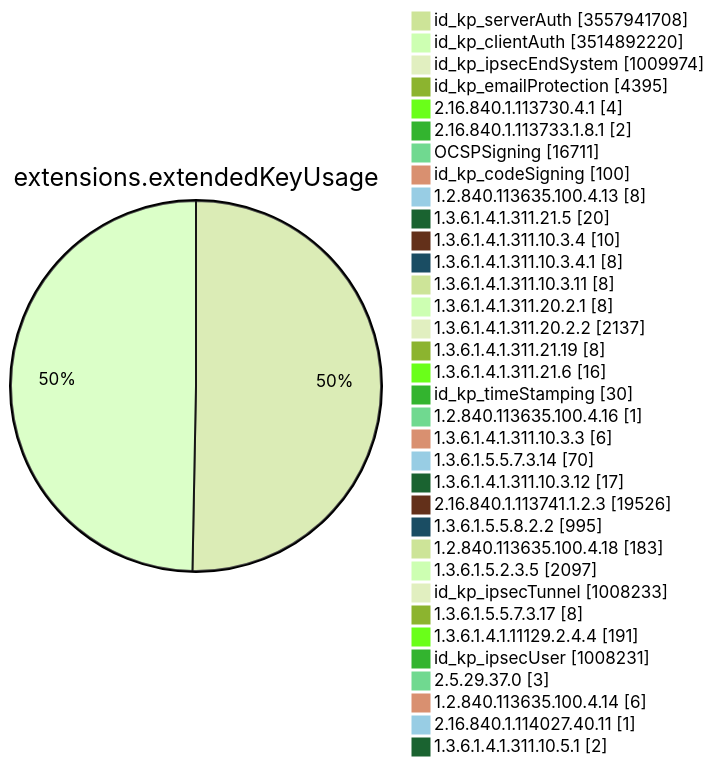
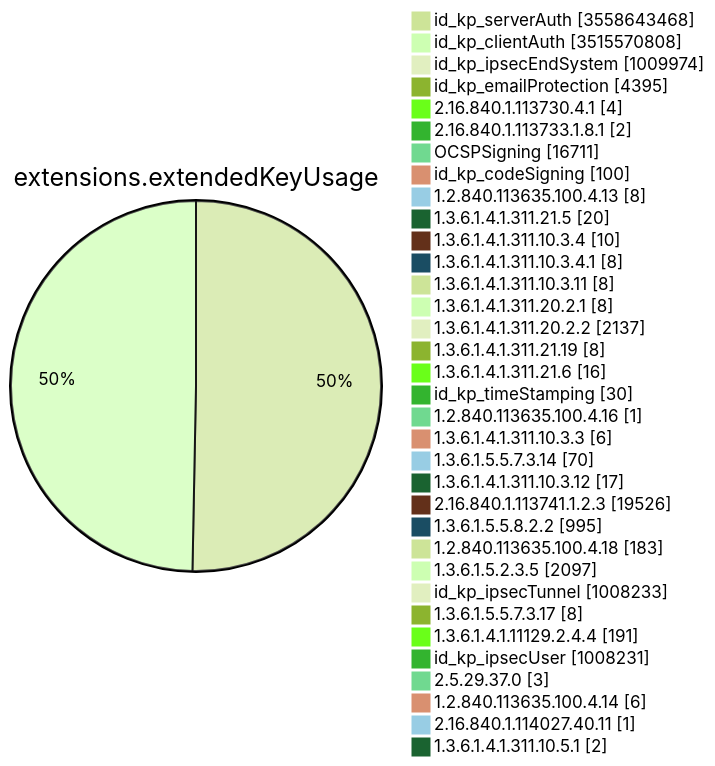
Before and after one commit to christiankrug/ctmonitor_visualization: diagram 11 of 15 in TOTAL/README.md, drawn with Mermaid (forest theme). The commit also changed other lines of this file, not shown here.

````diff
--- a/TOTAL/README.md
+++ b/TOTAL/README.md
@@ -4128,38 +4128,38 @@
 ```mermaid
 pie showData
 title extensions.extendedKeyUsage
-"id_kp_serverAuth" :3557941708
-"id_kp_clientAuth" :3514892220
+"id_kp_serverAuth" :3558643468
+"id_kp_clientAuth" :3515570808
 "id_kp_ipsecEndSystem" :1009974
 "id_kp_emailProtection" :4395
 "2.16.840.1.113730.4.1" :4
 "2.16.840.1.113733.1.8.1" :2
 "OCSPSigning" :16711
 "id_kp_codeSigning" :100
 "1.2.840.113635.100.4.13" :8
 "1.3.6.1.4.1.311.21.5" :20
 "1.3.6.1.4.1.311.10.3.4" :10
 "1.3.6.1.4.1.311.10.3.4.1" :8
 "1.3.6.1.4.1.311.10.3.11" :8
 "1.3.6.1.4.1.311.20.2.1" :8
 "1.3.6.1.4.1.311.20.2.2" :2137
 "1.3.6.1.4.1.311.21.19" :8
 "1.3.6.1.4.1.311.21.6" :16
 "id_kp_timeStamping" :30
 "1.2.840.113635.100.4.16" :1
 "1.3.6.1.4.1.311.10.3.3" :6
 "1.3.6.1.5.5.7.3.14" :70
 "1.3.6.1.4.1.311.10.3.12" :17
 "2.16.840.1.113741.1.2.3" :19526
 "1.3.6.1.5.5.8.2.2" :995
 "1.2.840.113635.100.4.18" :183
 "1.3.6.1.5.2.3.5" :2097
 "id_kp_ipsecTunnel" :1008233
 "1.3.6.1.5.5.7.3.17" :8
 "1.3.6.1.4.1.11129.2.4.4" :191
 "id_kp_ipsecUser" :1008231
 "2.5.29.37.0" :3
 "1.2.840.113635.100.4.14" :6
 "2.16.840.1.114027.40.11" :1
 "1.3.6.1.4.1.311.10.5.1" :2
 ```
````
